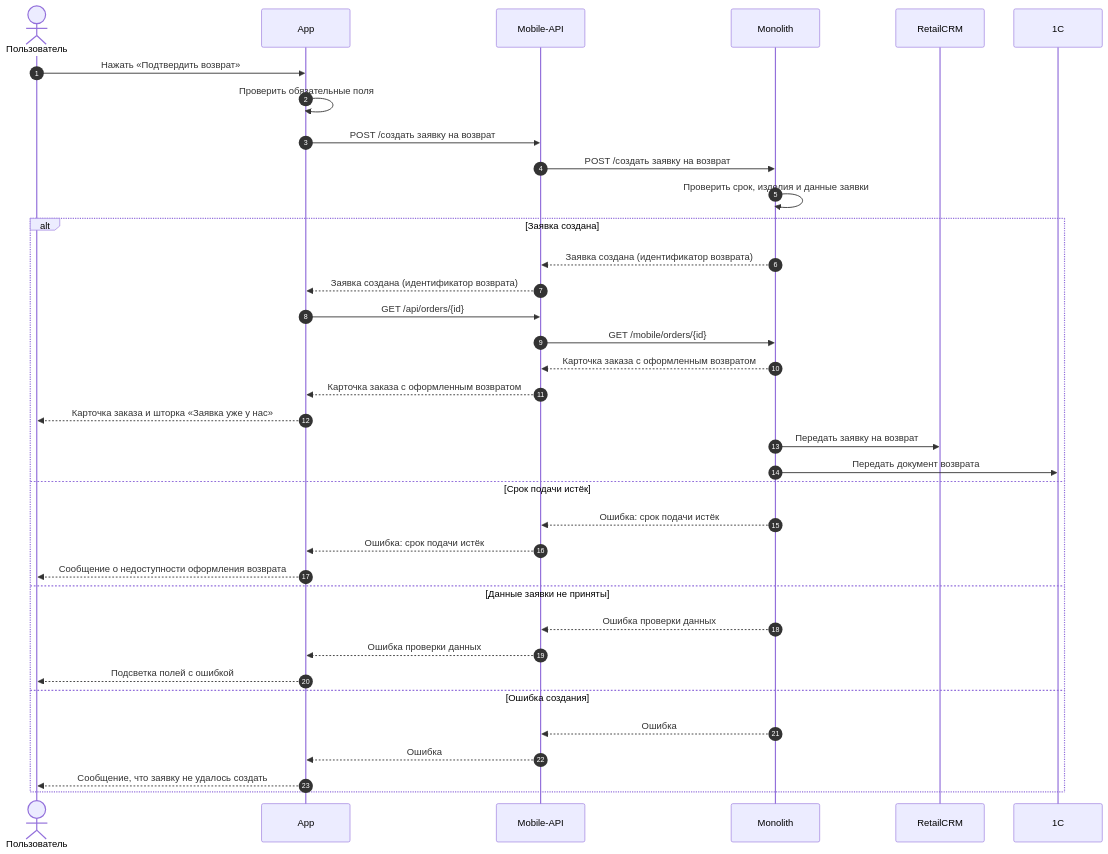
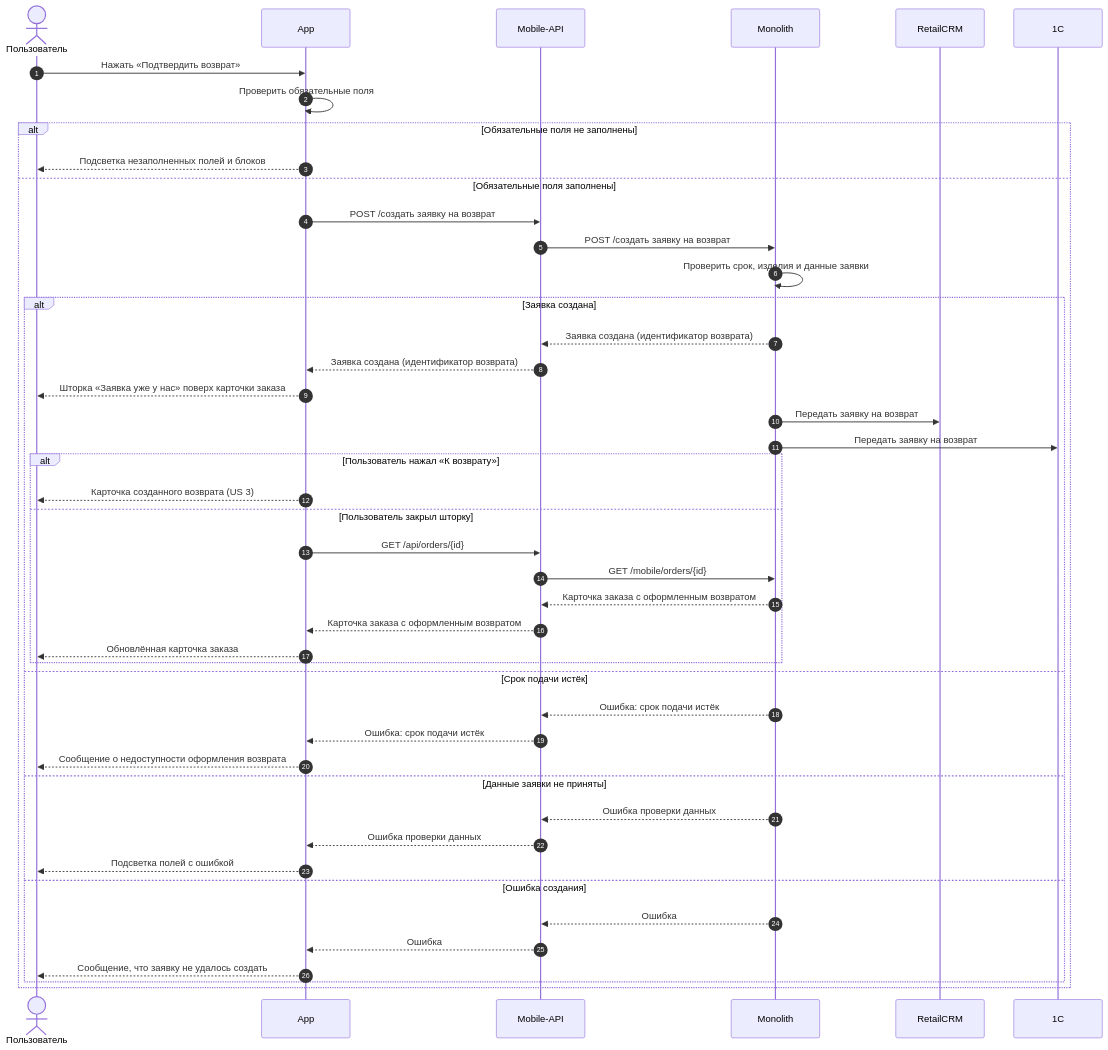
Diagram 15 of 20 in projects/returns-2.0/requirements/srs/srs-mobile-mvp.md (Terinss155/opencode-agents-analysis), drawn with Mermaid before and after one commit. The commit also changed other lines of this file and 40 other files, not shown here.

````diff
--- a/projects/returns-2.0/requirements/srs/srs-mobile-mvp.md
+++ b/projects/returns-2.0/requirements/srs/srs-mobile-mvp.md
@@ -800,39 +840,48 @@
 ```mermaid
 sequenceDiagram
     autonumber
     actor U as Пользователь
     participant APP as App
     participant API as Mobile-API
     participant MON as Monolith
     participant RCRM as RetailCRM
     participant ONEC as 1C
 
     U->>APP: Нажать «Подтвердить возврат»
     APP->>APP: Проверить обязательные поля
-    APP->>API: POST /создать заявку на возврат
-    API->>MON: POST /создать заявку на возврат
-    MON->>MON: Проверить срок, изделия и данные заявки
-    alt Заявка создана
-        MON-->>API: Заявка создана (идентификатор возврата)
-        API-->>APP: Заявка создана (идентификатор возврата)
-        APP->>API: GET /api/orders/{id}
-        API->>MON: GET /mobile/orders/{id}
-        MON-->>API: Карточка заказа с оформленным возвратом
-        API-->>APP: Карточка заказа с оформленным возвратом
-        APP-->>U: Карточка заказа и шторка «Заявка уже у нас»
-        MON->>RCRM: Передать заявку на возврат
-        MON->>ONEC: Передать документ возврата
-    else Срок подачи истёк
-        MON-->>API: Ошибка: срок подачи истёк
-        API-->>APP: Ошибка: срок подачи истёк
-        APP-->>U: Сообщение о недоступности оформления возврата
-    else Данные заявки не приняты
-        MON-->>API: Ошибка проверки данных
-        API-->>APP: Ошибка проверки данных
-        APP-->>U: Подсветка полей с ошибкой
-    else Ошибка создания
-        MON-->>API: Ошибка
-        API-->>APP: Ошибка
-        APP-->>U: Сообщение, что заявку не удалось создать
+    alt Обязательные поля не заполнены
+        APP-->>U: Подсветка незаполненных полей и блоков
+    else Обязательные поля заполнены
+        APP->>API: POST /создать заявку на возврат
+        API->>MON: POST /создать заявку на возврат
+        MON->>MON: Проверить срок, изделия и данные заявки
+        alt Заявка создана
+            MON-->>API: Заявка создана (идентификатор возврата)
+            API-->>APP: Заявка создана (идентификатор возврата)
+            APP-->>U: Шторка «Заявка уже у нас» поверх карточки заказа
+            MON->>RCRM: Передать заявку на возврат
+            MON->>ONEC: Передать заявку на возврат
+            alt Пользователь нажал «К возврату»
+                APP-->>U: Карточка созданного возврата (US 3)
+            else Пользователь закрыл шторку
+                APP->>API: GET /api/orders/{id}
+                API->>MON: GET /mobile/orders/{id}
+                MON-->>API: Карточка заказа с оформленным возвратом
+                API-->>APP: Карточка заказа с оформленным возвратом
+                APP-->>U: Обновлённая карточка заказа
+            end
+        else Срок подачи истёк
+            MON-->>API: Ошибка: срок подачи истёк
+            API-->>APP: Ошибка: срок подачи истёк
+            APP-->>U: Сообщение о недоступности оформления возврата
+        else Данные заявки не приняты
+            MON-->>API: Ошибка проверки данных
+            API-->>APP: Ошибка проверки данных
+            APP-->>U: Подсветка полей с ошибкой
+        else Ошибка создания
+            MON-->>API: Ошибка
+            API-->>APP: Ошибка
+            APP-->>U: Сообщение, что заявку не удалось создать
+        end
     end
 ```
````
